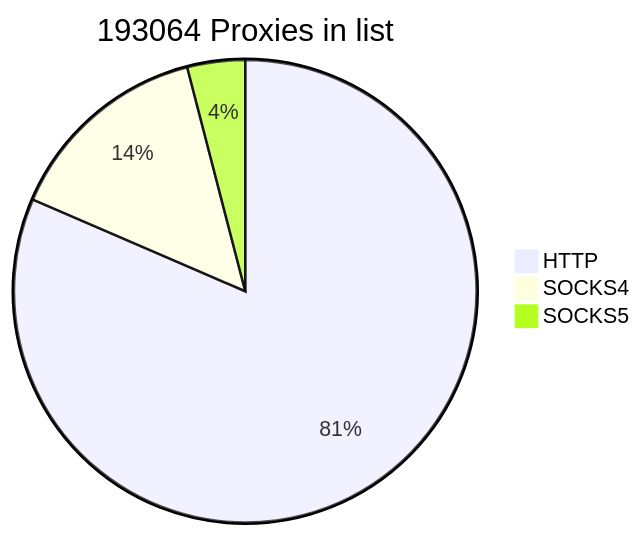
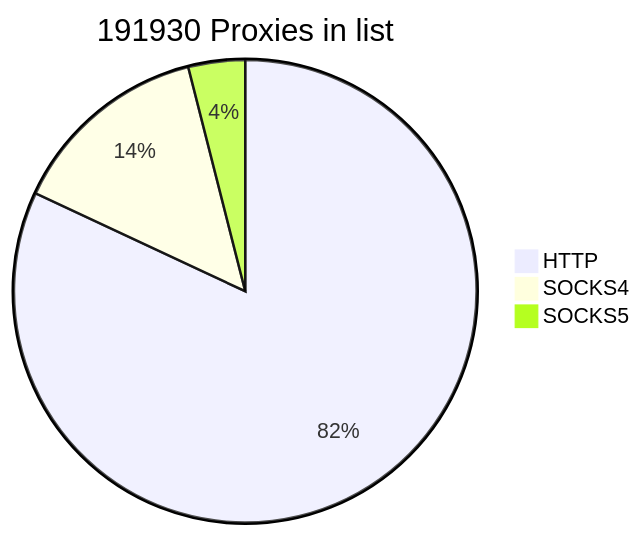
The first of 2 diagrams in README.md (cutipu/proxylist), drawn with Mermaid before and after one commit. The commit also changed other lines of this file, not shown here.

````diff
--- a/README.md
+++ b/README.md
@@ -2,7 +2,7 @@
 ```mermaid
-pie title 193064 Proxies in list
-    "HTTP" : 157322
-    "SOCKS4" : 27948
-    "SOCKS5" : 7794
+pie title 191930 Proxies in list
+    "HTTP" : 157296
+    "SOCKS4" : 27025
+    "SOCKS5" : 7609
             
 ```
````
